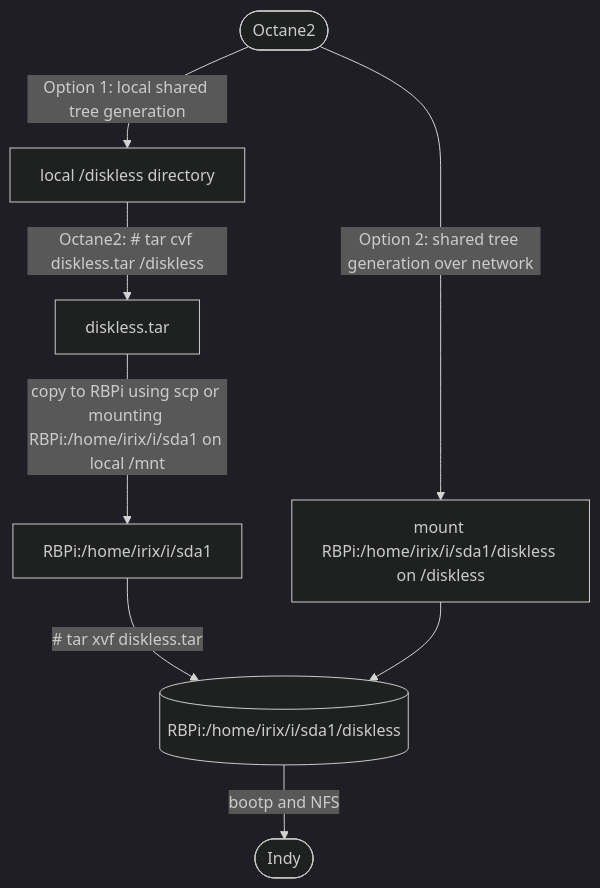
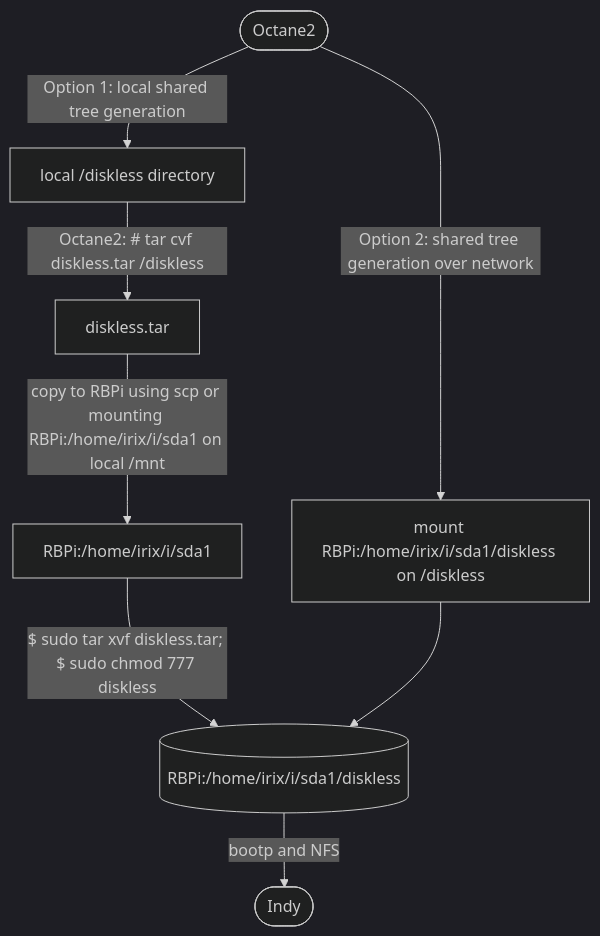
Before and after one commit to Linux-RISC/IRIX-diskless-workstation: the second of 3 diagrams in README.md, drawn with Mermaid (dark theme). The commit also changed other lines of this file, not shown here.

````diff
--- a/README.md
+++ b/README.md
@@ -68,7 +68,7 @@
 ```mermaid
 graph TD;
     Octane2([Octane2])--Option 1: local shared tree generation-->local_diskless[local /diskless directory]--Octane2: # tar cvf diskless.tar /diskless-->diskless.tar;
-    diskless.tar--copy to RBPi using scp or mounting RBPi:/home/irix/i/sda1 on local /mnt-->RBPi:/home/irix/i/sda1--# tar xvf diskless.tar-->RBPi[(RBPi:/home/irix/i/sda1/diskless)];
+    diskless.tar--copy to RBPi using scp or mounting RBPi:/home/irix/i/sda1 on local /mnt-->RBPi:/home/irix/i/sda1--"$ sudo tar xvf diskless.tar; $ sudo chmod 777 diskless"-->RBPi[(RBPi:/home/irix/i/sda1/diskless)];
    Octane2([Octane2])--Option 2: shared tree generation over network-->mount_RBPi[mount RBPi:/home/irix/i/sda1/diskless on /diskless]-->RBPi[(RBPi:/home/irix/i/sda1/diskless)];
    RBPi[(RBPi:/home/irix/i/sda1/diskless)]--bootp and NFS-->Indy([Indy]);
 ```
````
